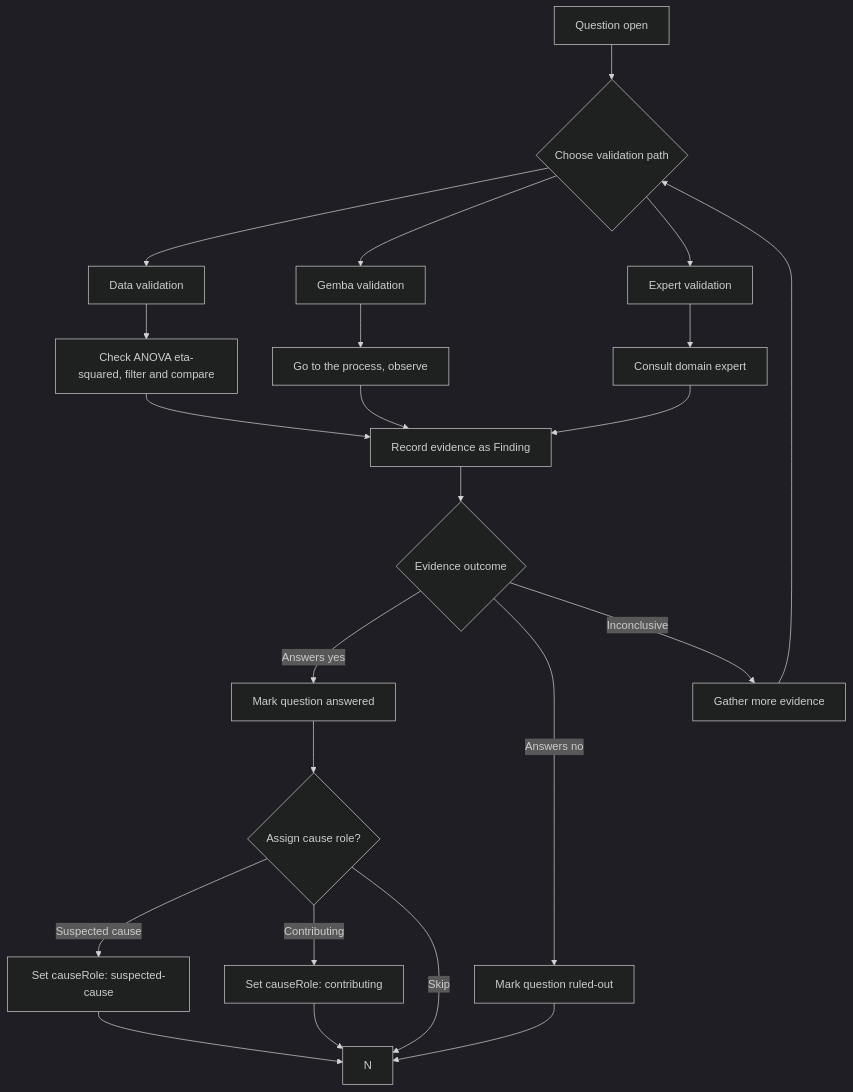
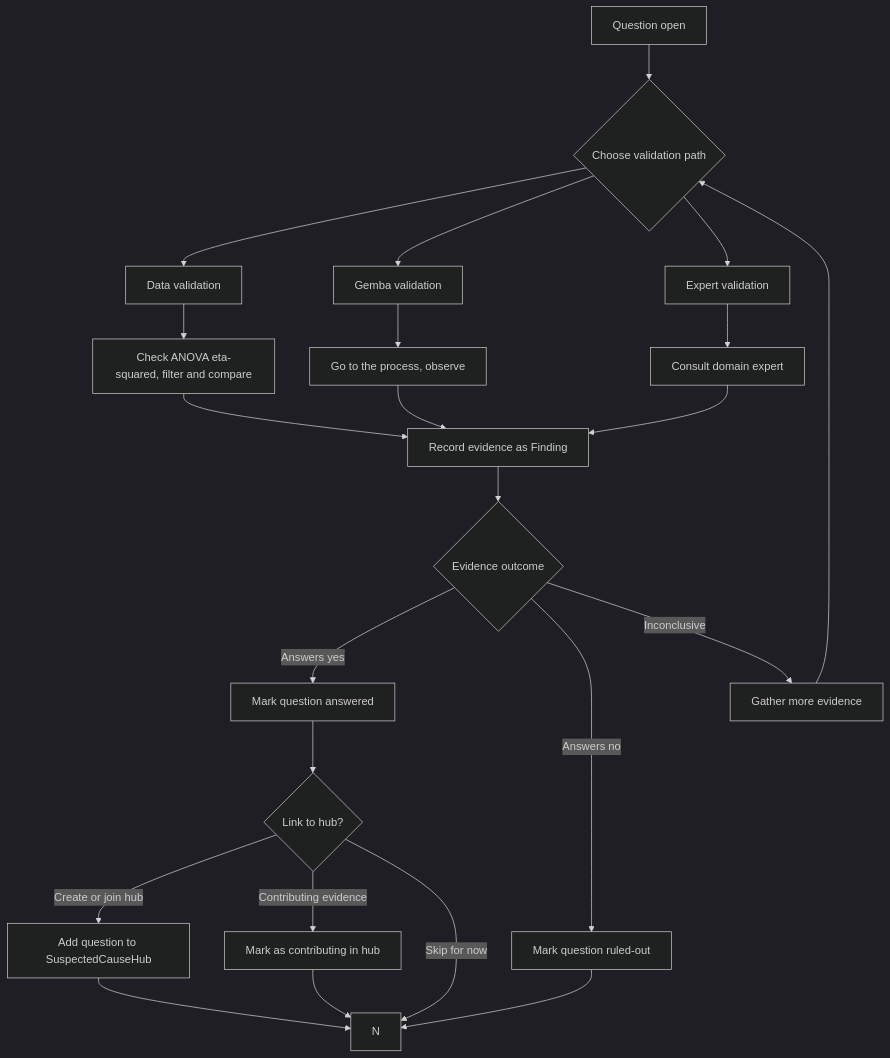
The third of 4 diagrams in docs/03-features/workflows/investigation-lifecycle-map.md (jukka-matti/variscout), drawn with Mermaid (dark theme) before and after one commit. The commit also changed other lines of this file and 12 other files, not shown here.

First line of the commit message:
docs: update 13 core docs for SuspectedCause hub model

````diff
--- a/docs/03-features/workflows/investigation-lifecycle-map.md
+++ b/docs/03-features/workflows/investigation-lifecycle-map.md
@@ -105,25 +106,25 @@
 ```mermaid
 flowchart TD
     A[Question open] --> B{Choose validation path}
     B --> C[Data validation]
     B --> D[Gemba validation]
     B --> E[Expert validation]
     C --> F[Check ANOVA eta-squared, filter and compare]
     D --> G[Go to the process, observe]
     E --> H[Consult domain expert]
     F --> I[Record evidence as Finding]
     G --> I
     H --> I
     I --> J{Evidence outcome}
     J -->|Answers yes| K[Mark question answered]
     J -->|Answers no| L[Mark question ruled-out]
     J -->|Inconclusive| M[Gather more evidence]
     M --> B
-    K --> O{Assign cause role?}
-    O -->|Suspected cause| P[Set causeRole: suspected-cause]
-    O -->|Contributing| Q[Set causeRole: contributing]
-    O -->|Skip| N
+    K --> O{Link to hub?}
+    O -->|Create or join hub| P[Add question to SuspectedCauseHub]
+    O -->|Contributing evidence| Q[Mark as contributing in hub]
+    O -->|Skip for now| N
     P --> N
     Q --> N
     L --> N
 ```
````
